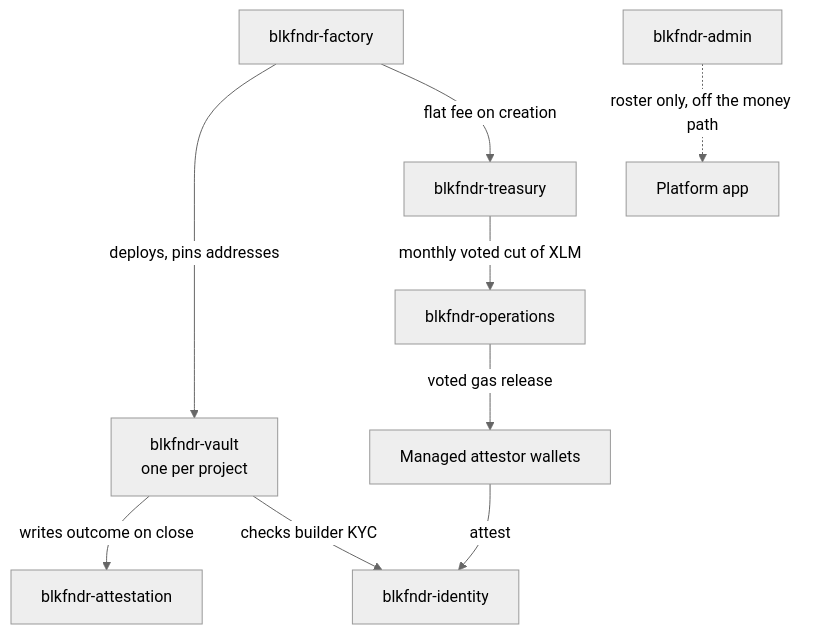
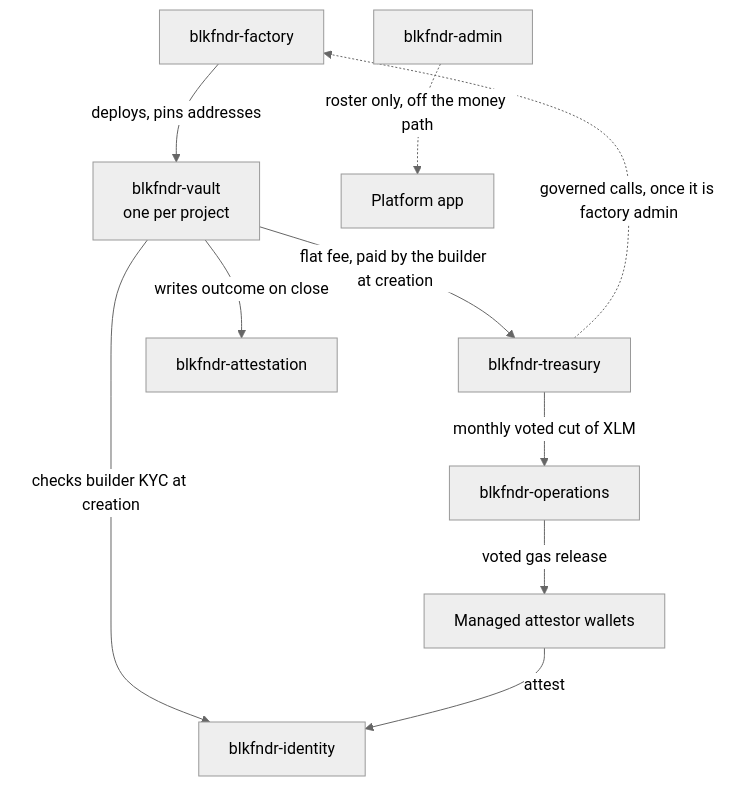
One commit to BLKFNDRPH/blkfndrapp changed the diagram in docs/smart-contracts.md. Above: the diagram before and after it, drawn with Mermaid (neutral theme). The commit also changed other lines of this file and 18 other files, not shown here.

````diff
--- a/docs/smart-contracts.md
+++ b/docs/smart-contracts.md
@@ -21,11 +23,12 @@
 ```mermaid
 graph TB
     F[blkfndr-factory] -->|deploys, pins addresses| V[blkfndr-vault<br/>one per project]
+    V -->|flat fee, paid by the builder at creation| T[blkfndr-treasury]
     V -->|writes outcome on close| A[blkfndr-attestation]
-    V -->|checks builder KYC| I[blkfndr-identity]
-    F -->|flat fee on creation| T[blkfndr-treasury]
+    V -->|checks builder KYC at creation| I[blkfndr-identity]
+    T -.->|governed calls, once it is factory admin| F
     T -->|monthly voted cut of XLM| O[blkfndr-operations]
     O -->|voted gas release| MW[Managed attestor wallets]
     MW -->|attest| I
     ADM[blkfndr-admin] -.->|roster only, off the money path| APP[Platform app]
 ```
````
